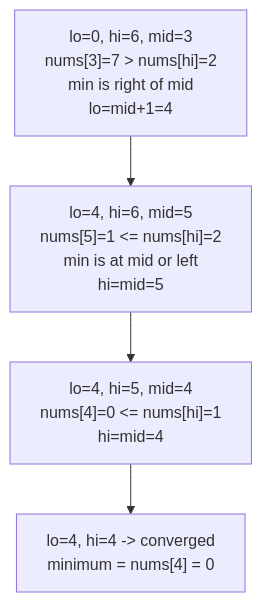
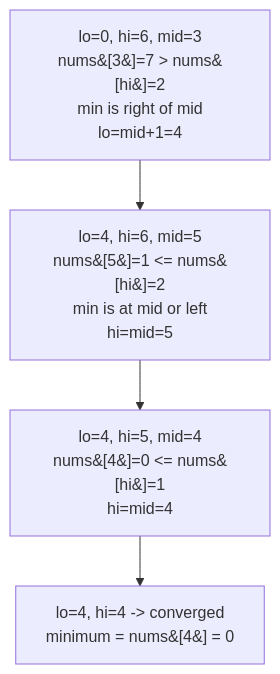
The diagram in topics/05-binary-search/05-find-minimum-in-rotated-sorted-array/README.md (Aryan-Jadon18/dsa-placement-prep), drawn with Mermaid before and after one commit. The commit also changed 52 other files, not shown here.

First line of the commit message:
Fix Mermaid diagrams not rendering on GitHub

````diff
--- a/topics/05-binary-search/05-find-minimum-in-rotated-sorted-array/README.md
+++ b/topics/05-binary-search/05-find-minimum-in-rotated-sorted-array/README.md
@@ -48,6 +48,6 @@
 ```mermaid
 flowchart TD
-    A["lo=0, hi=6, mid=3<br/>nums[3]=7 > nums[hi]=2<br/>min is right of mid<br/>lo=mid+1=4"] --> B["lo=4, hi=6, mid=5<br/>nums[5]=1 <= nums[hi]=2<br/>min is at mid or left<br/>hi=mid=5"]
-    B --> C["lo=4, hi=5, mid=4<br/>nums[4]=0 <= nums[hi]=1<br/>hi=mid=4"]
-    C --> D["lo=4, hi=4 -> converged<br/>minimum = nums[4] = 0"]
+    A["lo=0, hi=6, mid=3<br/>nums&#91;3&#93;=7 > nums&#91;hi&#93;=2<br/>min is right of mid<br/>lo=mid+1=4"] --> B["lo=4, hi=6, mid=5<br/>nums&#91;5&#93;=1 <= nums&#91;hi&#93;=2<br/>min is at mid or left<br/>hi=mid=5"]
+    B --> C["lo=4, hi=5, mid=4<br/>nums&#91;4&#93;=0 <= nums&#91;hi&#93;=1<br/>hi=mid=4"]
+    C --> D["lo=4, hi=4 -> converged<br/>minimum = nums&#91;4&#93; = 0"]
 ```
````
